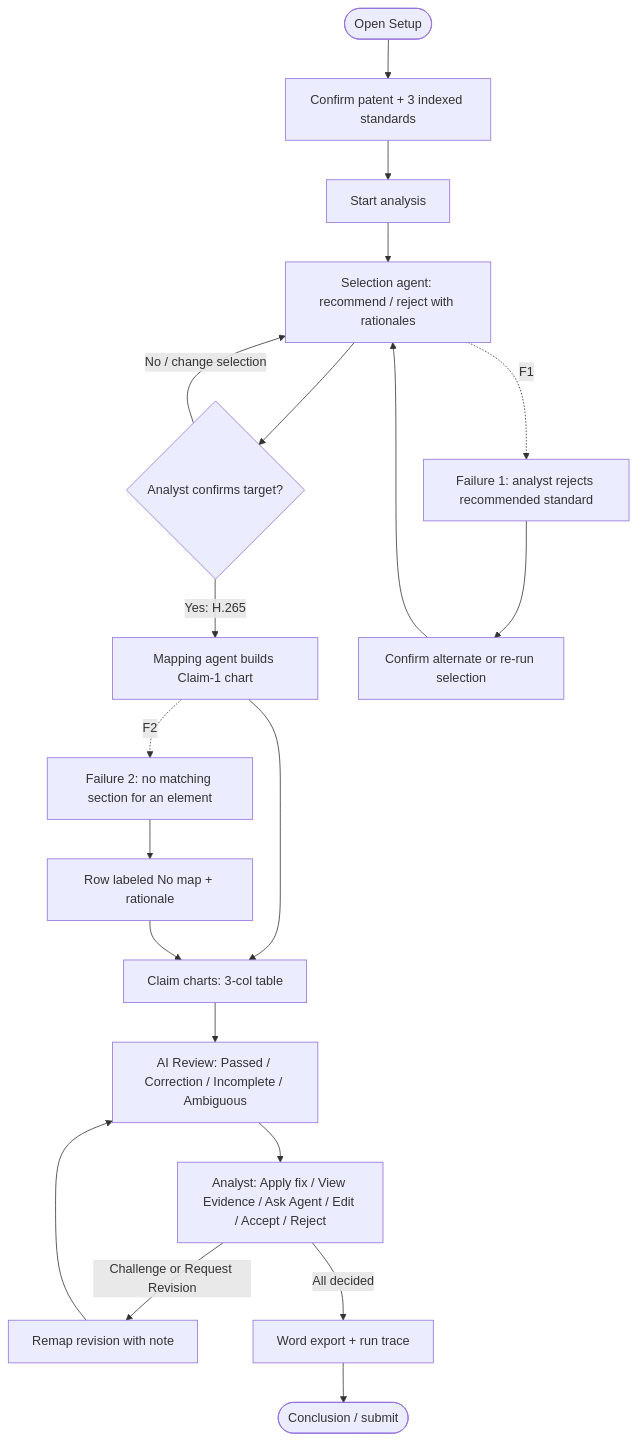
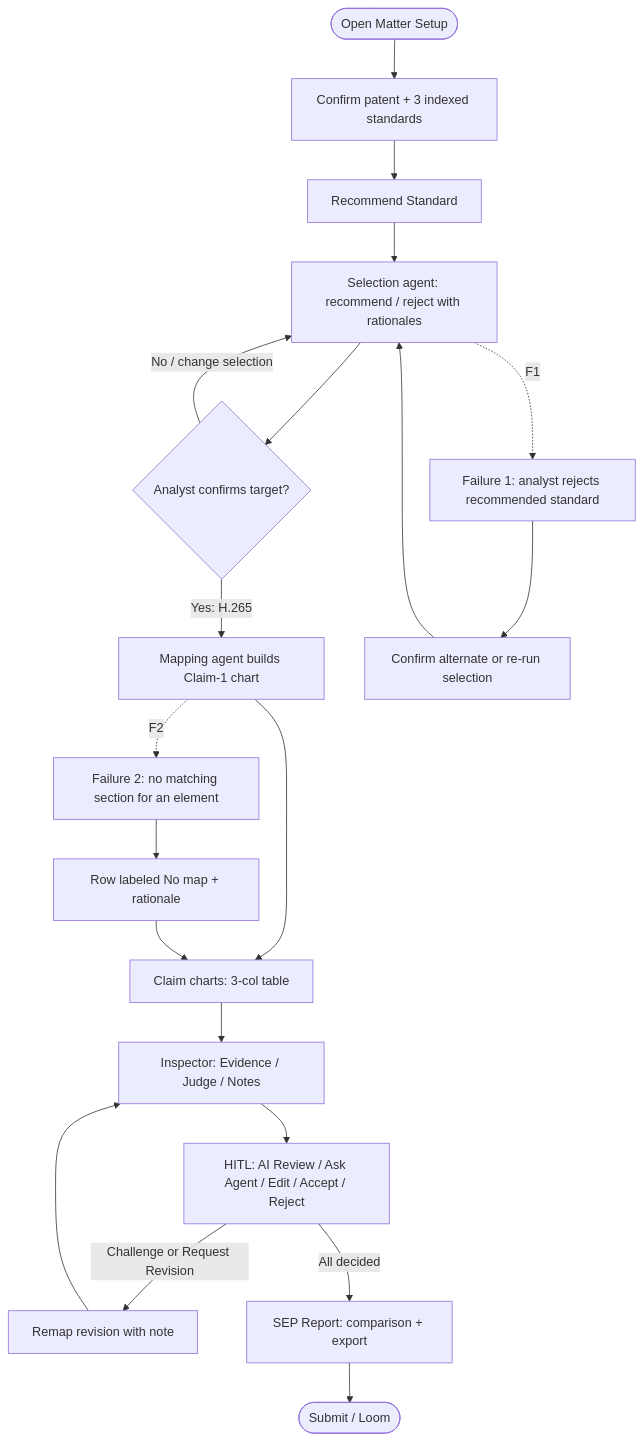
Before and after one commit to shrudhi/sep-evidence-workbench-clone: the diagram in docs/USER_FLOW.md, drawn with Mermaid. The commit also changed other lines of this file and 41 other files, not shown here.

````diff
--- a/docs/USER_FLOW.md
+++ b/docs/USER_FLOW.md
@@ -5,24 +5,24 @@
 ```mermaid
 flowchart TD
-  start([Open Setup]) --> ingest[Confirm patent + 3 indexed standards]
-  ingest --> startRun[Start analysis]
-  startRun --> select[Selection agent: recommend / reject with rationales]
+  start([Open Matter Setup]) --> ingest[Confirm patent + 3 indexed standards]
+  ingest --> recommend[Recommend Standard]
+  recommend --> select[Selection agent: recommend / reject with rationales]
   select --> confirm{Analyst confirms target?}
   confirm -->|Yes: H.265| map[Mapping agent builds Claim-1 chart]
   confirm -->|No / change selection| select
   map --> chart[Claim charts: 3-col table]
-  chart --> review[AI Review: Passed / Correction / Incomplete / Ambiguous]
-  review --> hitl[Analyst: Apply fix / View Evidence / Ask Agent / Edit / Accept / Reject]
+  chart --> review[Inspector: Evidence / Judge / Notes]
+  review --> hitl[HITL: AI Review / Ask Agent / Edit / Accept / Reject]
   hitl -->|Challenge or Request Revision| remap[Remap revision with note]
   remap --> review
-  hitl -->|All decided| export[Word export + run trace]
-  export --> done([Conclusion / submit])
+  hitl -->|All decided| report[SEP Report: comparison + export]
+  report --> done([Submit / Loom])
 
   select -.->|F1| wrongStd[Failure 1: analyst rejects recommended standard]
   wrongStd --> alt[Confirm alternate or re-run selection]
   alt --> select
 
   map -.->|F2| noSection[Failure 2: no matching section for an element]
   noSection --> nomap[Row labeled No map + rationale]
   nomap --> chart
 ```
````
